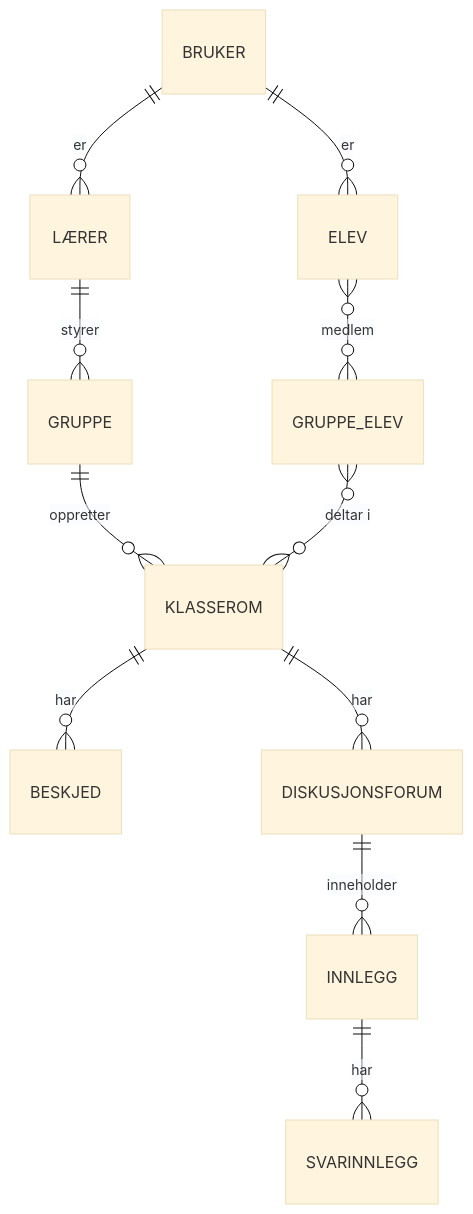
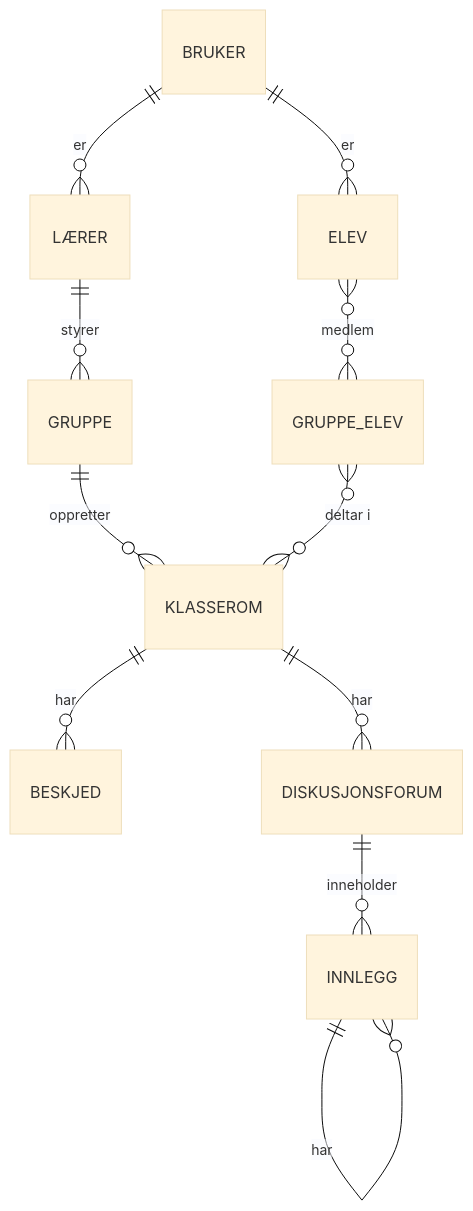
One commit to programmerBredC/data1500-oving-04 changed the first of 2 diagrams in OPPGAVE.md. Above: the diagram before and after it, drawn with Mermaid (base theme).

````diff
--- a/OPPGAVE.md
+++ b/OPPGAVE.md
@@ -30,13 +30,13 @@
 ```mermaid
 erDiagram
     BRUKER ||--o{ LÆRER : er
     BRUKER ||--o{ ELEV : er
     ELEV }o--o{ GRUPPE_ELEV : medlem
     LÆRER ||--O{ GRUPPE : styrer
     GRUPPE ||--o{ KLASSEROM : "oppretter"
     GRUPPE_ELEV }o--o{ KLASSEROM : "deltar i"
     KLASSEROM ||--o{ BESKJED : "har"
     KLASSEROM ||--o{ DISKUSJONSFORUM : "har"
     DISKUSJONSFORUM ||--o{ INNLEGG : "inneholder"
-    INNLEGG ||--o{ SVARINNLEGG : "har"
+    INNLEGG ||--o{ INNLEGG : "har"
 ``` 
````
